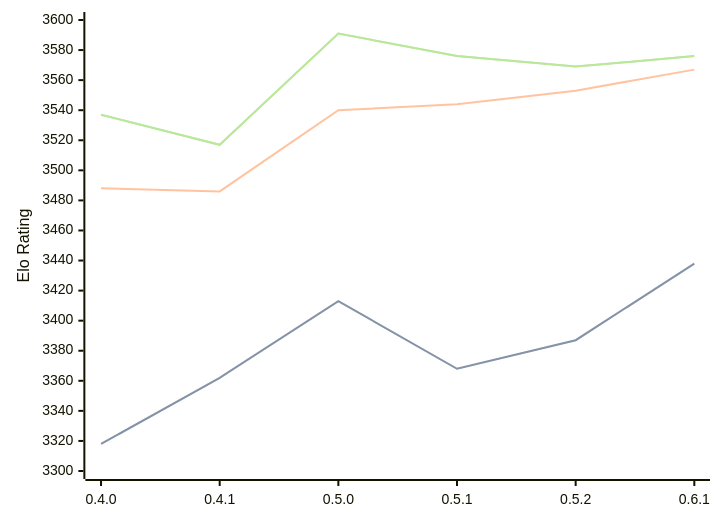
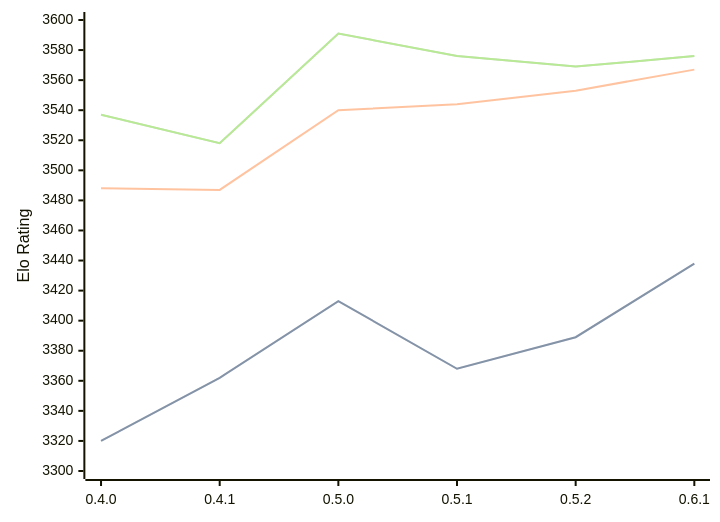
The diagram in engines/Cinder.md (computer-chess-index/cci), drawn with Mermaid before and after one commit. The commit also changed other lines of this file, not shown here.

Commit message:
Update CCI Ratings (ELO VLTC) - 2026-09-27

````diff
--- a/engines/Cinder.md
+++ b/engines/Cinder.md
@@ -37,11 +37,11 @@
 ```mermaid
 %%{init: {"theme":"base","themeVariables":{"seriesColors:['#a3a3a3','#222221','#faa371']}}}%%
 xychart-beta
   x-axis ["0.4.0", "0.4.1", "0.5.0", "0.5.1", "0.5.2", "0.6.1"]
   y-axis "Elo Rating" 3300 --> 3600
-  line "" [3318, 3362, 3413, 3368, 3387, 3438]
-  line "STC (8.0+0.08s)" [3318, 3362, 3413, 3368, 3387, 3438]
-  line "LTC (60.0+0.60s)" [3488, 3486, 3540, 3544, 3553, 3567]
-  line "" [3537, 3517, 3591, 3576, 3569, 3576]
-  line "VLTC (2m24s+1.12s)" [3537, 3517, 3591, 3576, 3569, 3576]
+  line "" [3320, 3362, 3413, 3368, 3389, 3438]
+  line "STC (8.0+0.08s)" [3320, 3362, 3413, 3368, 3389, 3438]
+  line "LTC (60.0+0.60s)" [3488, 3487, 3540, 3544, 3553, 3567]
+  line "" [3537, 3518, 3591, 3576, 3569, 3576]
+  line "VLTC (2m24s+1.12s)" [3537, 3518, 3591, 3576, 3569, 3576]
 ```
````
